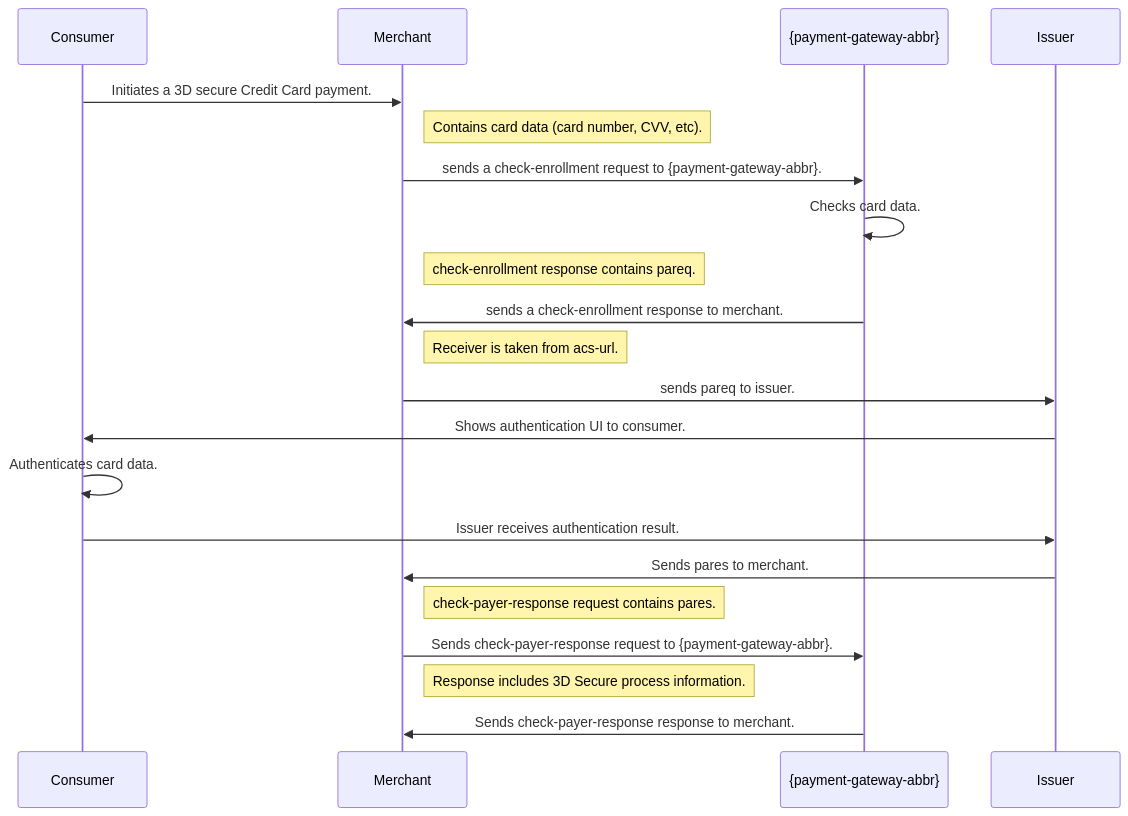
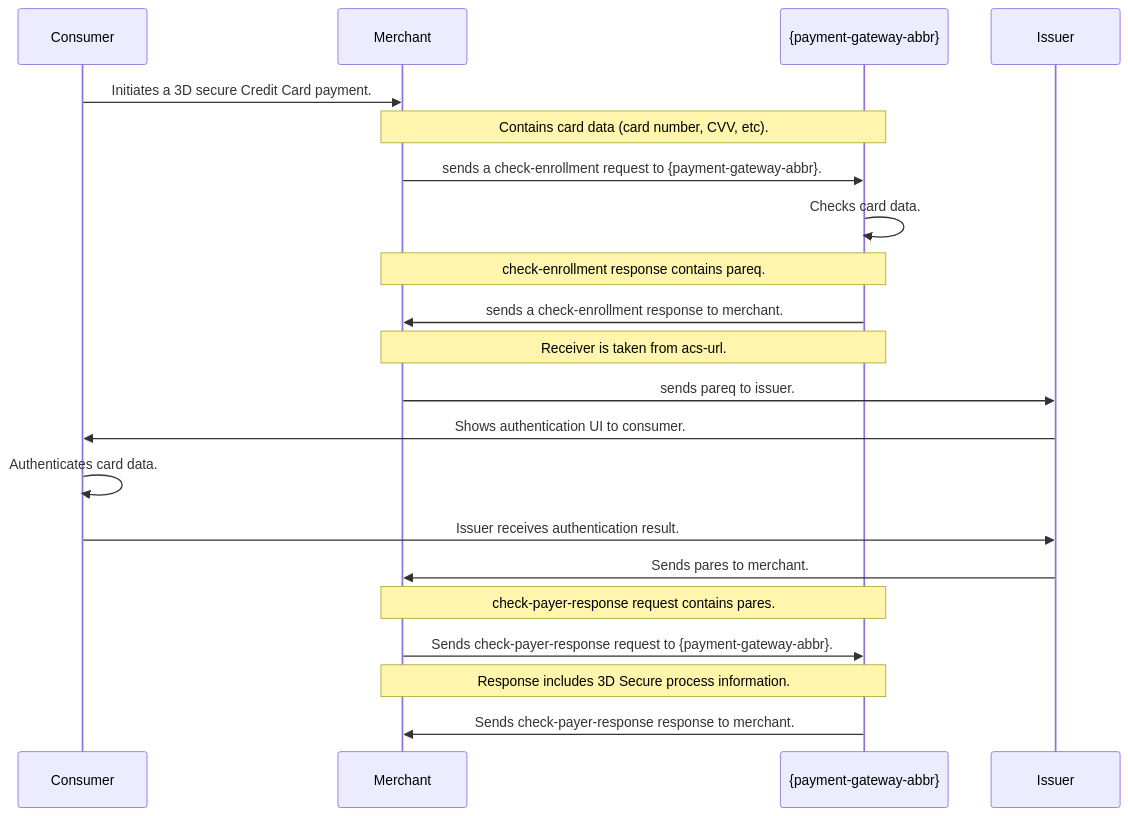
One commit to wirecard/merchant-documentation-gateway changed the diagram in 11-01-08-testcards.adoc. Above: the diagram before and after it, drawn with Mermaid.

Commit message:
Update 3DS2_TestCards_Workflow

```diff
--- a/11-01-08-testcards.adoc
+++ b/11-01-08-testcards.adoc
@@ -242,24 +242,24 @@
 [mermaid, 3DS2_TestCards_Workflow,svg,subs=attributes+]
 ----
 sequenceDiagram
     participant Consumer
     participant Merchant
     participant {payment-gateway-abbr}
     participant Issuer
 Consumer->>Merchant: Initiates a 3D secure Credit Card payment.
-Note right of Merchant: Contains card data (card number, CVV, etc).
+Note over Merchant,{payment-gateway-abbr}: Contains card data (card number, CVV, etc).
 Merchant->>{payment-gateway-abbr}: sends a check-enrollment request to {payment-gateway-abbr}.
 {payment-gateway-abbr}->>{payment-gateway-abbr}: Checks card data.
-Note right of Merchant: check-enrollment response contains pareq.
+Note over Merchant,{payment-gateway-abbr}: check-enrollment response contains pareq.
 {payment-gateway-abbr}->>Merchant: sends a check-enrollment response to merchant.
-Note right of Merchant: Receiver is taken from acs-url.
+Note over Merchant,{payment-gateway-abbr}: Receiver is taken from acs-url.
 Merchant->>Issuer: sends pareq to issuer.
 Issuer->>Consumer: Shows authentication UI to consumer.
 Consumer->>Consumer: Authenticates card data.
 Consumer->>Issuer: Issuer receives authentication result.
 Issuer->>Merchant: Sends pares to merchant.
-Note right of Merchant: check-payer-response request contains pares.
+Note over Merchant,{payment-gateway-abbr}: check-payer-response request contains pares.
 Merchant->>{payment-gateway-abbr}: Sends check-payer-response request to {payment-gateway-abbr}.
-Note right of Merchant: Response includes 3D Secure process information.
+Note over Merchant,{payment-gateway-abbr}: Response includes 3D Secure process information.
 {payment-gateway-abbr}->>Merchant: Sends check-payer-response response to merchant.
 ----
```
